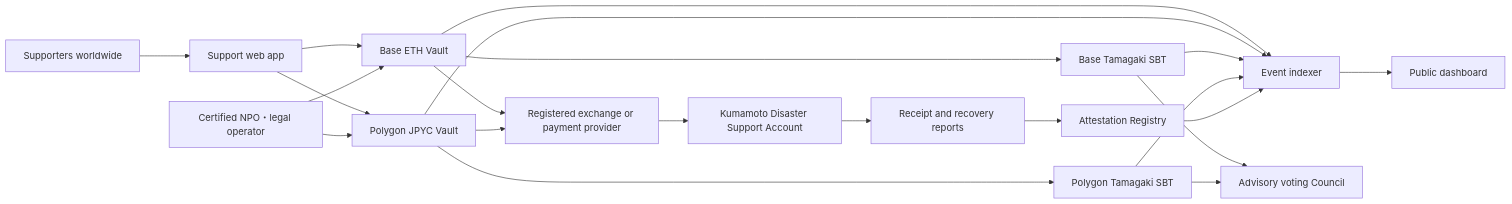
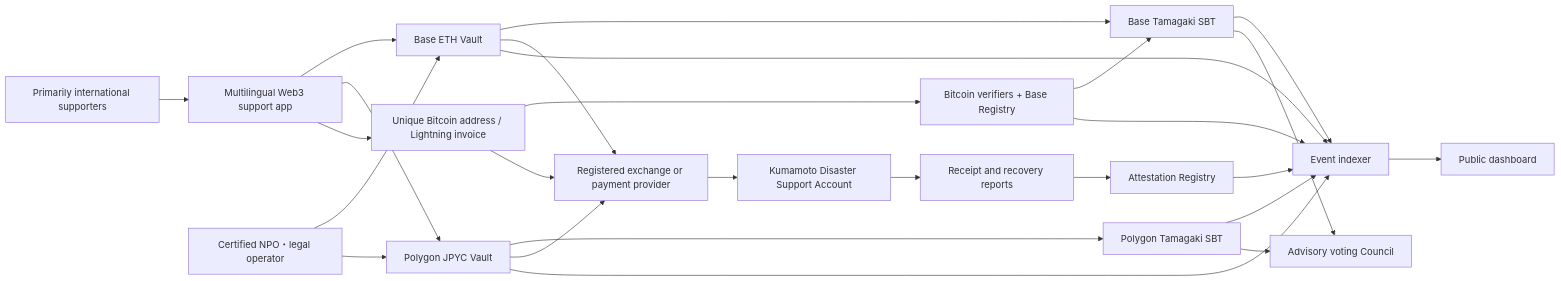
One commit to ShigeichiroYamasaki/yui-no-kaki-kumamoto changed the first of 5 diagrams in docs/en/architecture.md. Above: the diagram before and after it, drawn with Mermaid. The commit also changed other lines of this file and 26 other files, not shown here.

Commit message:
Document Bitcoin and Lightning support

````diff
--- a/docs/en/architecture.md
+++ b/docs/en/architecture.md
@@ -5,23 +5,28 @@
 ```mermaid
 flowchart LR
-  S[Supporters worldwide] --> W[Support web app]
+  S[Primarily international supporters] --> W[Multilingual Web3 support app]
   W --> BV[Base ETH Vault]
   W --> PV[Polygon JPYC Vault]
+  W --> BTC[Unique Bitcoin address / Lightning invoice]
+  BTC --> BR[Bitcoin verifiers + Base Registry]
   N["Certified NPO・legal operator"] --> BV
   N --> PV
   BV --> BT[Base Tamagaki SBT]
   PV --> PT[Polygon Tamagaki SBT]
+  BR --> BT
   BV --> X[Registered exchange or payment provider]
   PV --> X
+  BTC --> X
   X --> K[Kumamoto Disaster Support Account]
   K --> A[Receipt and recovery reports]
   A --> R[Attestation Registry]
   BV --> I[Event indexer]
   PV --> I
   BT --> I
   PT --> I
+  BR --> I
   R --> I
   I --> D[Public dashboard]
   BT --> C[Advisory voting Council]
   PT --> C
 ```
````
